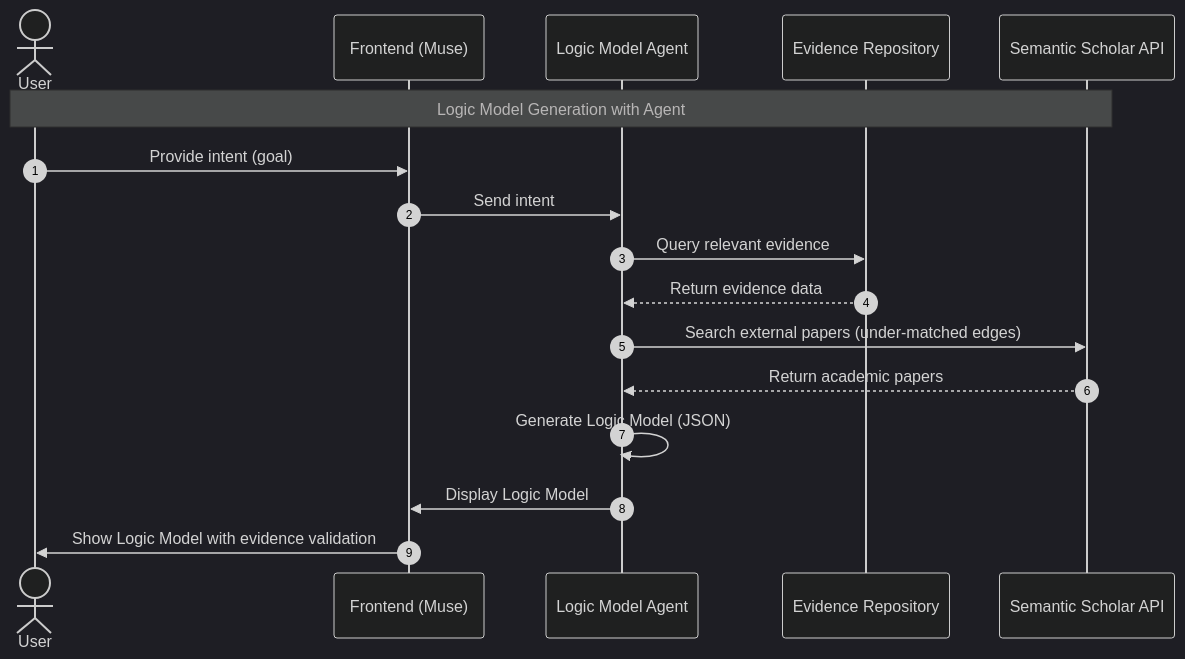
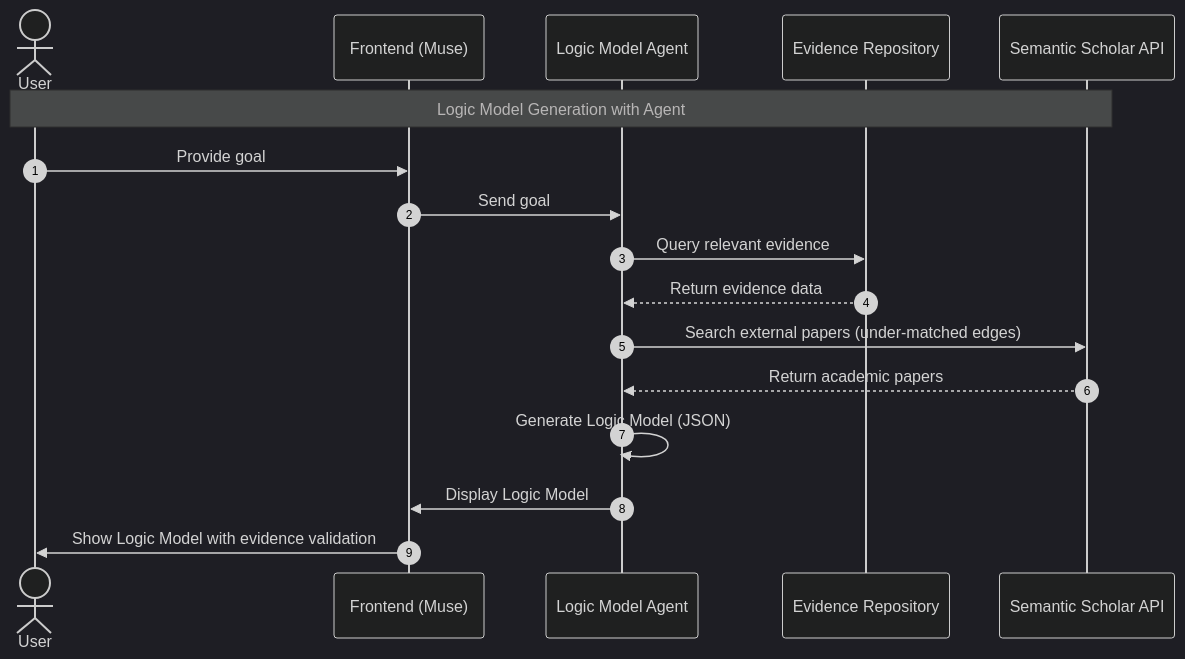
One commit to beaconlabs-io/muse changed the first of 2 diagrams in docs/mastra-agents.md. Above: the diagram before and after it, drawn with Mermaid (dark theme). The commit also changed other lines of this file and 8 other files, not shown here.

First line of the commit message:
feat(i18n): improve UX wording — rename intent to goal, translate Hypercert to インパクト証明書, simplify strength levels

````diff
--- a/docs/mastra-agents.md
+++ b/docs/mastra-agents.md
@@ -9,21 +9,21 @@
 ```mermaid
 sequenceDiagram
     autonumber
     actor User as User
     participant FE as Frontend (Muse)
     participant Agent as Logic Model Agent
     participant Evidence as Evidence Repository
     participant SS as Semantic Scholar API
 
     Note over User, SS: Logic Model Generation with Agent
 
-    User->>FE: Provide intent (goal)
-    FE->>Agent: Send intent
+    User->>FE: Provide goal
+    FE->>Agent: Send goal
     Agent->>Evidence: Query relevant evidence
     Evidence-->>Agent: Return evidence data
     Agent->>SS: Search external papers (under-matched edges)
     SS-->>Agent: Return academic papers
     Agent->>Agent: Generate Logic Model (JSON)
     Agent->>FE: Display Logic Model
     FE->>User: Show Logic Model with evidence validation
 ```
````
